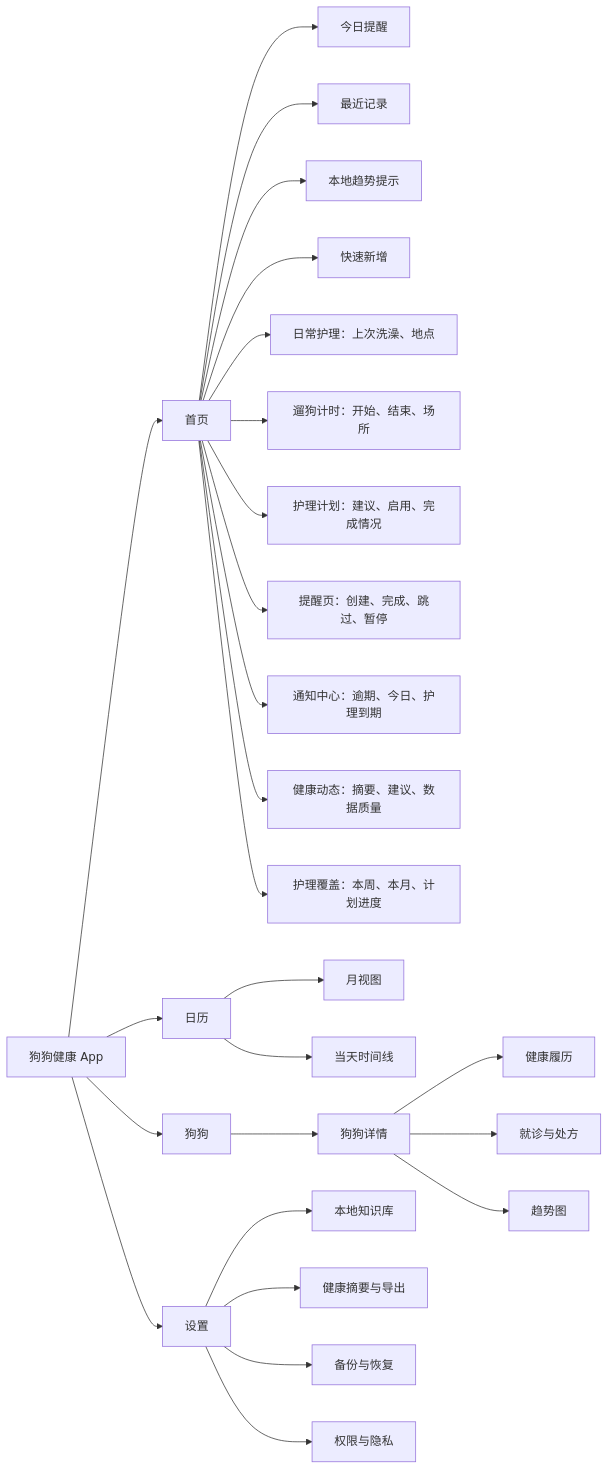
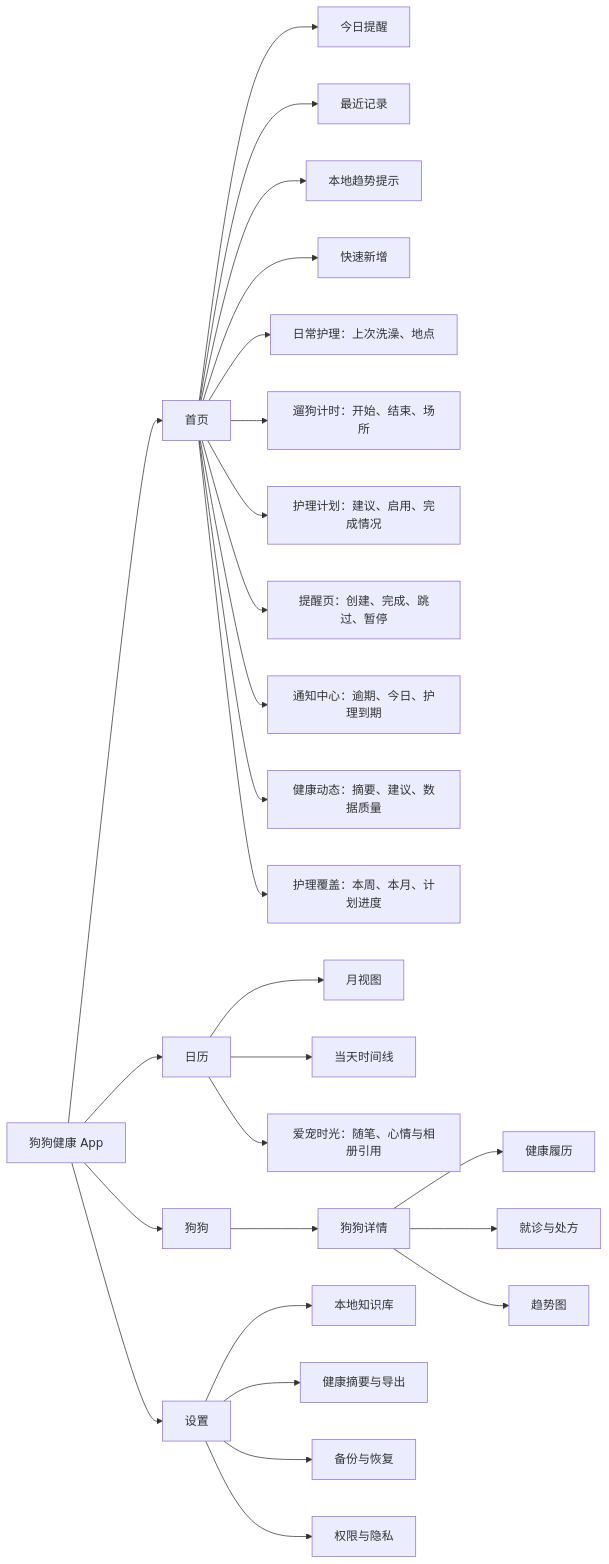
The second of 11 diagrams in docs/PROJECT_BLUEPRINT.md (Q-LL/pet-health), drawn with Mermaid before and after one commit. The commit also changed other lines of this file and 3 other files, not shown here.

````diff
--- a/docs/PROJECT_BLUEPRINT.md
+++ b/docs/PROJECT_BLUEPRINT.md
@@ -84,33 +84,34 @@
 ```mermaid
 flowchart LR
     APP["狗狗健康 App"] --> HOME["首页"]
     APP --> CAL["日历"]
     APP --> PETS["狗狗"]
     APP --> SETTINGS["设置"]
 
     HOME --> TODAY["今日提醒"]
     HOME --> RECENT["最近记录"]
     HOME --> INSIGHT["本地趋势提示"]
     HOME --> ADD["快速新增"]
     HOME --> CARE["日常护理：上次洗澡、地点"]
     HOME --> WALK["遛狗计时：开始、结束、场所"]
     HOME --> CAREPLAN["护理计划：建议、启用、完成情况"]
 
     CAL --> MONTH["月视图"]
     CAL --> TIMELINE["当天时间线"]
+    CAL --> MEMORIES["爱宠时光：随笔、心情与相册引用"]
 
     PETS --> DETAIL["狗狗详情"]
     DETAIL --> HISTORY["健康履历"]
     DETAIL --> VISITS["就诊与处方"]
     DETAIL --> TRENDS["趋势图"]
 
     HOME --> REMINDERS["提醒页：创建、完成、跳过、暂停"]
     HOME --> NOTIFICATIONS["通知中心：逾期、今日、护理到期"]
     HOME --> DYNAMICS["健康动态：摘要、建议、数据质量"]
     HOME --> COVERAGE["护理覆盖：本周、本月、计划进度"]
 
     SETTINGS --> KNOWLEDGE["本地知识库"]
     SETTINGS --> REPORT["健康摘要与导出"]
     SETTINGS --> BACKUP["备份与恢复"]
     SETTINGS --> PRIVACY["权限与隐私"]
 ```
````
